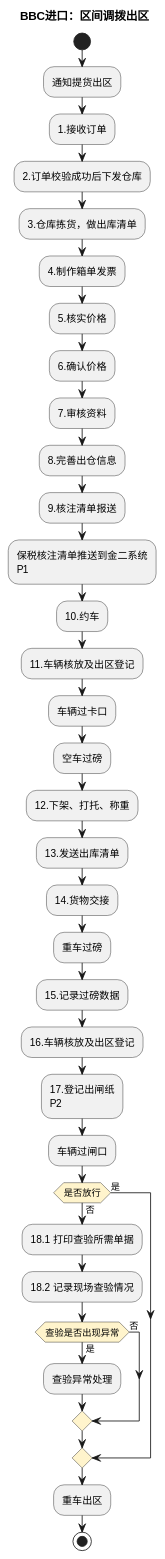
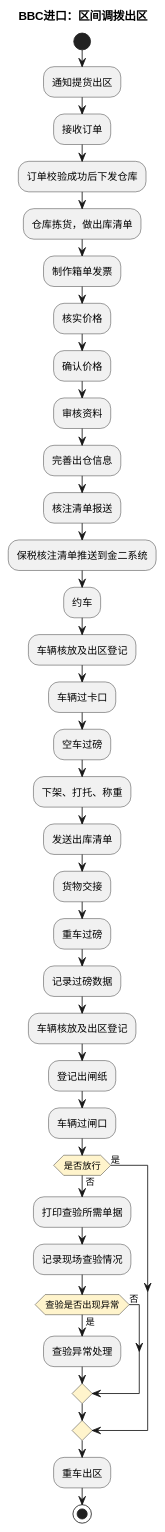
One commit to jack888332/projects-doc changed the first of 12 diagrams in product-caliber/goldjet/segmented-prd/mainflow/PRD.高捷物流系统一期.主流程.06.跨境电商BBC进口详细流程.md. Above: the diagram before and after it, drawn with PlantUML. The commit also changed other lines of this file and 24 other files, not shown here.

````diff
--- a/product-caliber/goldjet/segmented-prd/mainflow/PRD.高捷物流系统一期.主流程.06.跨境电商BBC进口详细流程.md
+++ b/product-caliber/goldjet/segmented-prd/mainflow/PRD.高捷物流系统一期.主流程.06.跨境电商BBC进口详细流程.md
@@ -11,41 +11,41 @@
 ```plantuml
 @startuml
 skinparam activityDiamondBackgroundColor #FFF4CC
 title BBC进口：区间调拨出区
 start
 :通知提货出区;
-:1.接收订单;
-:2.订单校验成功后下发仓库;
-:3.仓库拣货，做出库清单;
-:4.制作箱单发票;
-:5.核实价格;
-:6.确认价格;
-:7.审核资料;
-:8.完善出仓信息;
-:9.核注清单报送;
-:保税核注清单推送到金二系统\nP1;
-:10.约车;
-:11.车辆核放及出区登记;
+:接收订单;
+:订单校验成功后下发仓库;
+:仓库拣货，做出库清单;
+:制作箱单发票;
+:核实价格;
+:确认价格;
+:审核资料;
+:完善出仓信息;
+:核注清单报送;
+:保税核注清单推送到金二系统;
+:约车;
+:车辆核放及出区登记;
 :车辆过卡口;
 :空车过磅;
-:12.下架、打托、称重;
-:13.发送出库清单;
-:14.货物交接;
+:下架、打托、称重;
+:发送出库清单;
+:货物交接;
 :重车过磅;
-:15.记录过磅数据;
-:16.车辆核放及出区登记;
-:17.登记出闸纸\nP2;
+:记录过磅数据;
+:车辆核放及出区登记;
+:登记出闸纸;
 :车辆过闸口;
 if (是否放行) then (是)
 else (否)
-  :18.1 打印查验所需单据;
-  :18.2 记录现场查验情况;
+  :打印查验所需单据;
+  :记录现场查验情况;
   if (查验是否出现异常) then (是)
     :查验异常处理;
   else (否)
   endif
 endif
 :重车出区;
 stop
 @enduml
 ```
````
